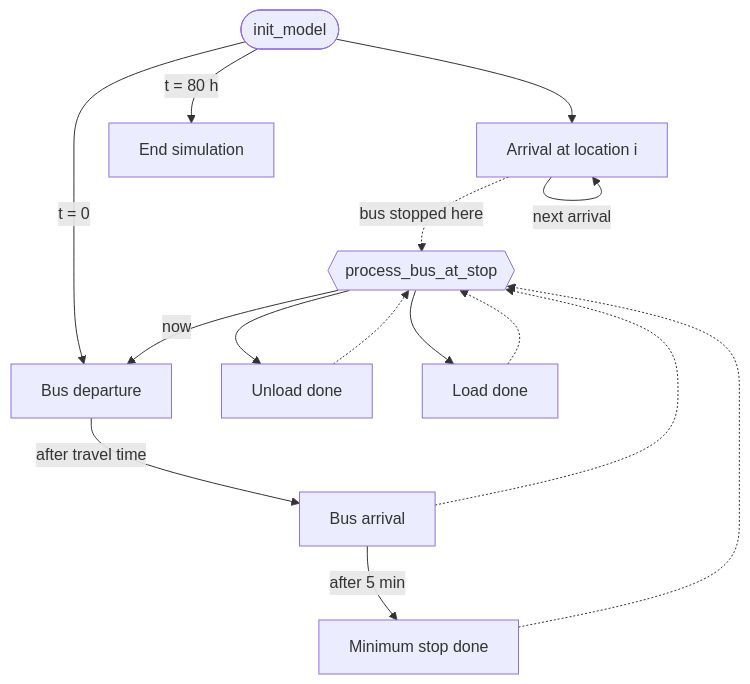
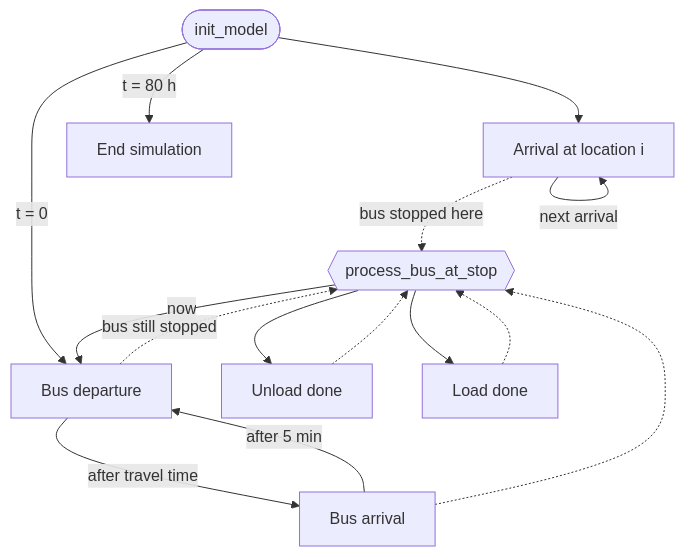
The second of 8 diagrams in README.md (carllix/bus-event-simulation), drawn with Mermaid before and after one commit. The commit also changed other lines of this file and 3 other files, not shown here.

Commit message:
fix: delte min stop done vent

````diff
--- a/README.md
+++ b/README.md
@@ -176,17 +176,17 @@
 ```mermaid
 flowchart TD
     INIT([init_model]) --> ARR[Arrival at location i]
     INIT -->|t = 0| DEP[Bus departure]
     INIT -->|t = 80 h| END[End simulation]
     ARR -->|next arrival| ARR
     DEP -->|after travel time| BA[Bus arrival]
-    BA -->|after 5 min| MIN[Minimum stop done]
+    BA -->|after 5 min| DEP
     ARR -.->|bus stopped here| P{{process_bus_at_stop}}
     BA -.-> P
     UD[Unload done] -.-> P
     LD[Load done] -.-> P
-    MIN -.-> P
+    DEP -.->|bus still stopped| P
     P --> UD
     P --> LD
     P -->|now| DEP
 ```
````
